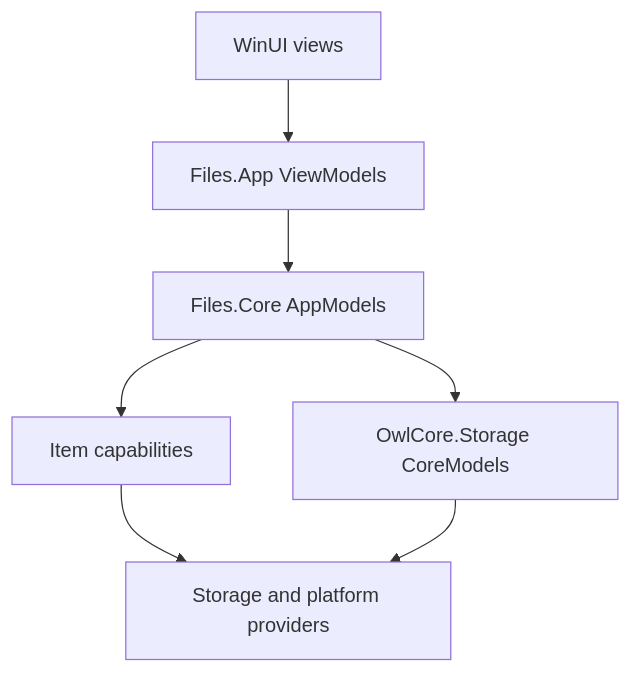
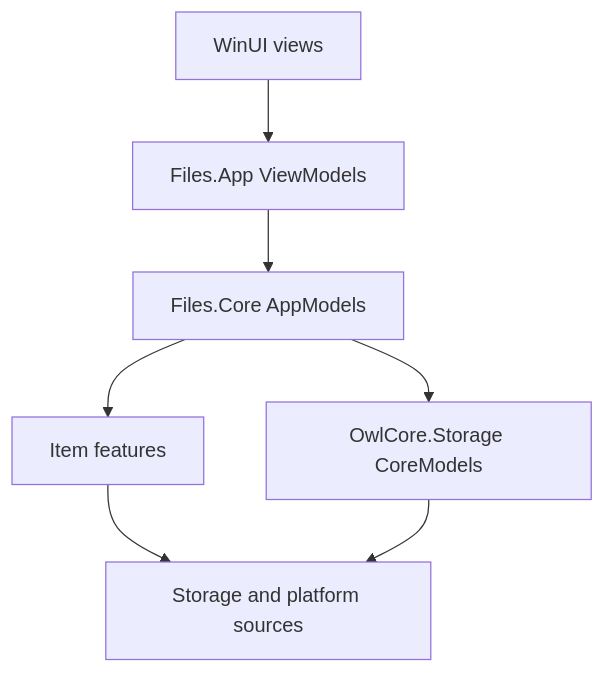
One commit to 0x5bfa/Files changed the first of 2 diagrams in docs/architecture/README.md. Above: the diagram before and after it, drawn with Mermaid. The commit also changed other lines of this file and 260 other files, not shown here.

Commit message:
Simplify Files.Core architecture terminology

````diff
--- a/docs/architecture/README.md
+++ b/docs/architecture/README.md
@@ -10,16 +10,16 @@
 ```mermaid
 flowchart TB
     Views["WinUI views"]
     ViewModels["Files.App ViewModels"]
     AppModels["Files.Core AppModels"]
-    Capabilities["Item capabilities"]
+    ItemFeatures["Item features"]
     CoreModels["OwlCore.Storage CoreModels"]
-    Providers["Storage and platform providers"]
+    Sources["Storage and platform sources"]
 
     Views --> ViewModels
     ViewModels --> AppModels
-    AppModels --> Capabilities
+    AppModels --> ItemFeatures
     AppModels --> CoreModels
-    Capabilities --> Providers
-    CoreModels --> Providers
+    ItemFeatures --> Sources
+    CoreModels --> Sources
 ```
````
